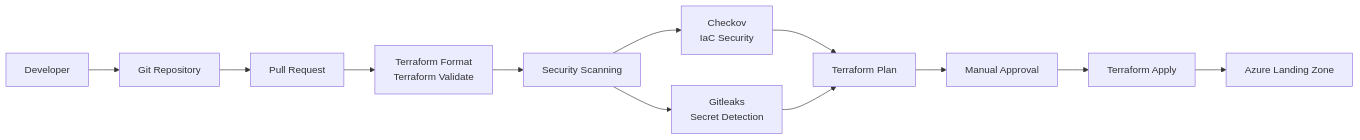
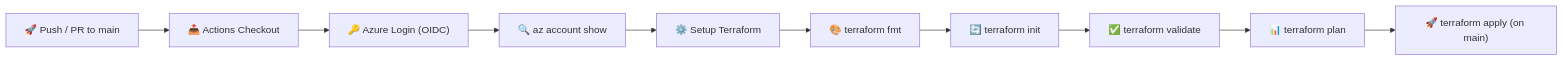
Before and after one commit to Rajeevsingh143/terraform-multicloud-labs: the second of 2 diagrams in README.md, drawn with Mermaid. The commit also changed other lines of this file, not shown here.

````diff
--- a/README.md
+++ b/README.md
@@ -211,34 +192,12 @@
 ```mermaid
 flowchart LR
-
-    Developer["Developer"]
-    Git["Git Repository"]
-    PR["Pull Request"]
-
-    Validate["Terraform Format<br/>Terraform Validate"]
-    Security["Security Scanning"]
-    Checkov["Checkov<br/>IaC Security"]
-    Gitleaks["Gitleaks<br/>Secret Detection"]
-
-    Plan["Terraform Plan"]
-    Approval["Manual Approval"]
-    Apply["Terraform Apply"]
-
-    Azure["Azure Landing Zone"]
-
-    Developer --> Git
-    Git --> PR
-    PR --> Validate
-
-    Validate --> Security
-
-    Security --> Checkov
-    Security --> Gitleaks
-
-    Checkov --> Plan
-    Gitleaks --> Plan
-
-    Plan --> Approval
-    Approval --> Apply
-    Apply --> Azure
+    Push["🚀 Push / PR to main"] --> Checkout["📥 Actions Checkout"]
+    Checkout --> OIDC["🔑 Azure Login (OIDC)"]
+    OIDC --> Verify["🔍 az account show"]
+    Verify --> SetupTF["⚙️ Setup Terraform"]
+    SetupTF --> Format["🎨 terraform fmt"]
+    Format --> Init["🔄 terraform init"]
+    Init --> Validate["✅ terraform validate"]
+    Validate --> Plan["📊 terraform plan"]
+    Plan --> Apply["🚀 terraform apply (on main)"]
 ```
````
